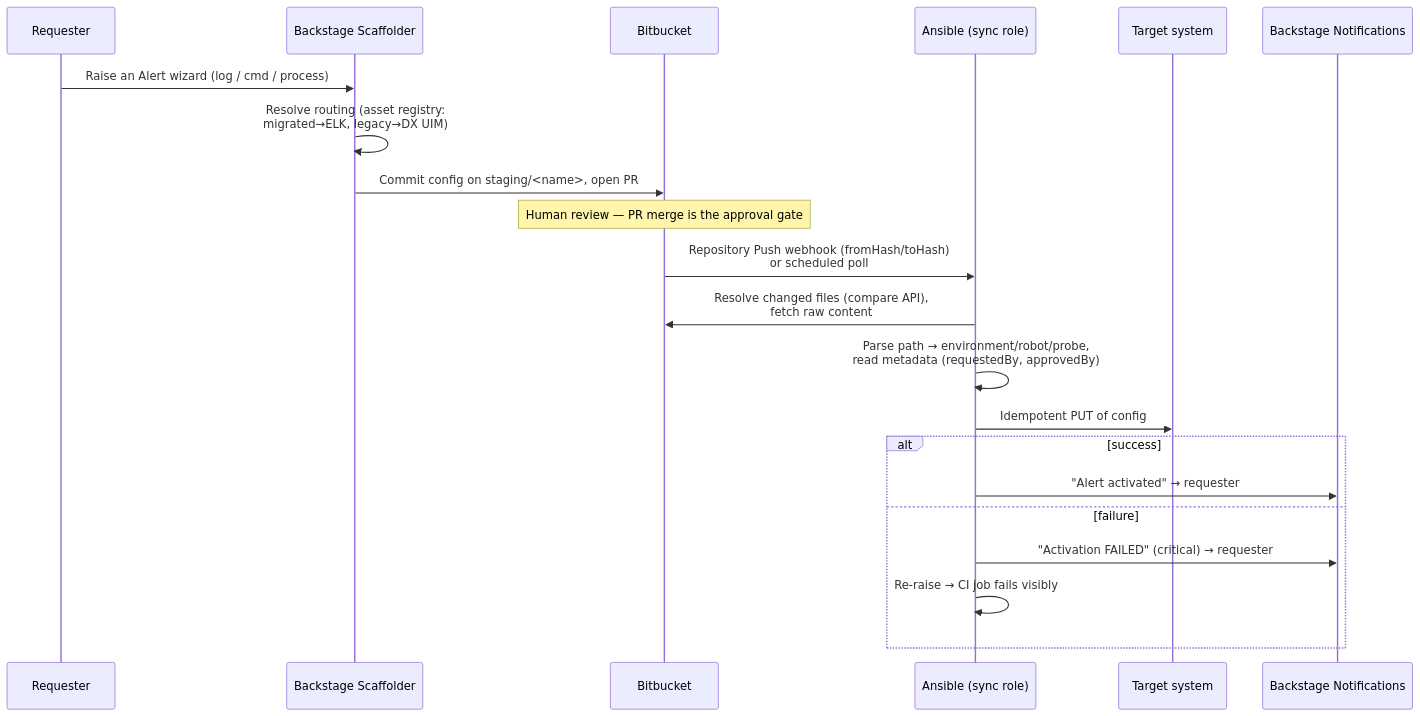
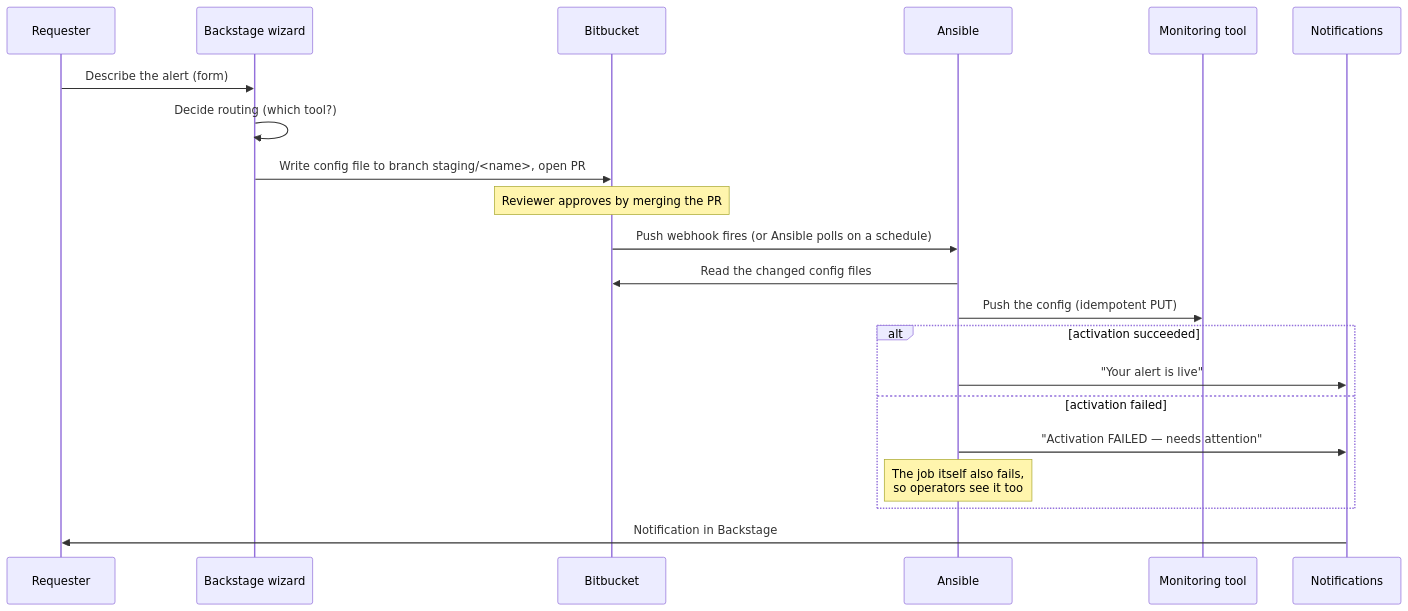
One commit to koolencoy/octopod changed the second of 2 diagrams in docs/architecture/architecture.md. Above: the diagram before and after it, drawn with Mermaid. The commit also changed other lines of this file and 2 other files, not shown here.

First line of the commit message:
feat: enhance alert wizard with template launching and navigation improvements

````diff
--- a/docs/architecture/architecture.md
+++ b/docs/architecture/architecture.md
@@ -129,24 +79,24 @@
 ```mermaid
 sequenceDiagram
     participant U as Requester
-    participant B as Backstage Scaffolder
+    participant W as Backstage wizard
     participant BB as Bitbucket
-    participant A as Ansible (sync role)
-    participant T as Target system
-    participant N as Backstage Notifications
+    participant A as Ansible
+    participant M as Monitoring tool
+    participant N as Notifications
 
-    U->>B: Raise an Alert wizard (log / cmd / process)
-    B->>B: Resolve routing (asset registry:<br/>migrated→ELK, legacy→DX UIM)
-    B->>BB: Commit config on staging/<name>, open PR
-    Note over BB: Human review — PR merge is the approval gate
-    BB->>A: Repository Push webhook (fromHash/toHash)<br/>or scheduled poll
-    A->>BB: Resolve changed files (compare API),<br/>fetch raw content
-    A->>A: Parse path → environment/robot/probe,<br/>read metadata (requestedBy, approvedBy)
-    A->>T: Idempotent PUT of config
-    alt success
-        A->>N: "Alert activated" → requester
-    else failure
-        A->>N: "Activation FAILED" (critical) → requester
-        A->>A: Re-raise → CI job fails visibly
+    U->>W: Describe the alert (form)
+    W->>W: Decide routing (which tool?)
+    W->>BB: Write config file to branch staging/<name>, open PR
+    Note over BB: Reviewer approves by merging the PR
+    BB->>A: Push webhook fires (or Ansible polls on a schedule)
+    A->>BB: Read the changed config files
+    A->>M: Push the config (idempotent PUT)
+    alt activation succeeded
+        A->>N: "Your alert is live"
+    else activation failed
+        A->>N: "Activation FAILED — needs attention"
+        Note over A: The job itself also fails,<br/>so operators see it too
     end
+    N->>U: Notification in Backstage
 ```
````
